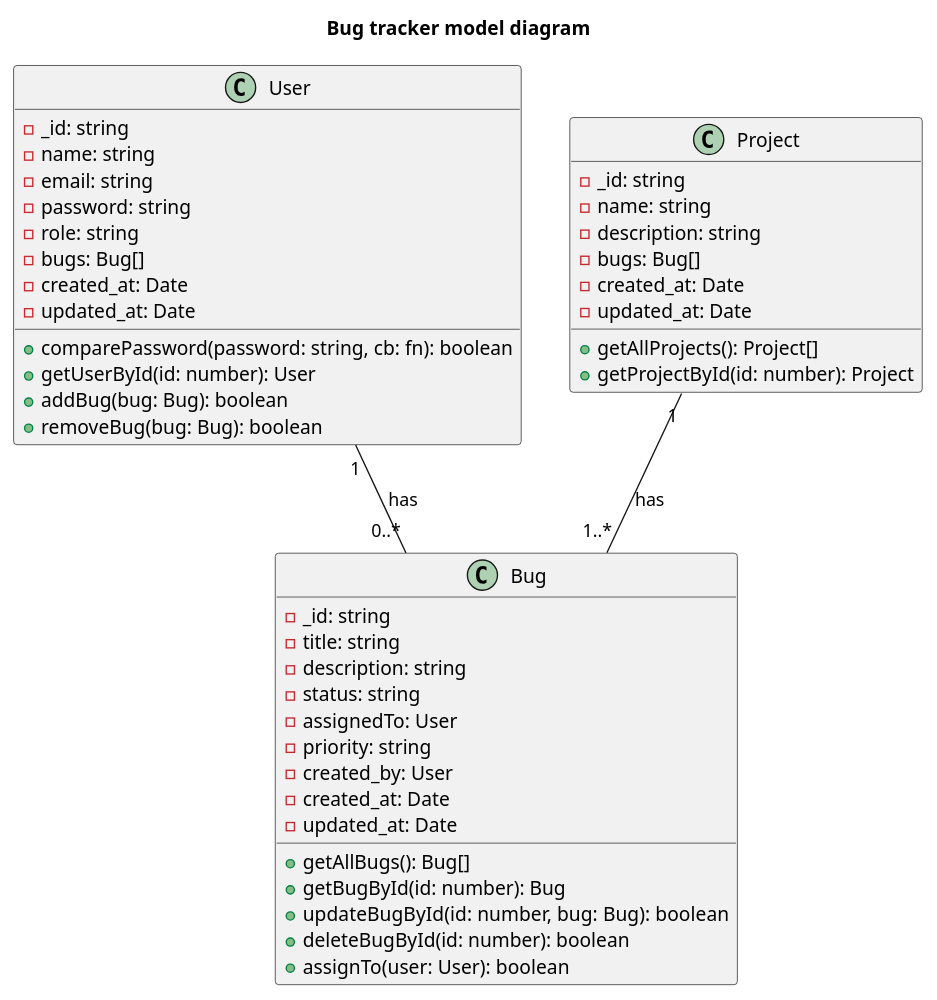
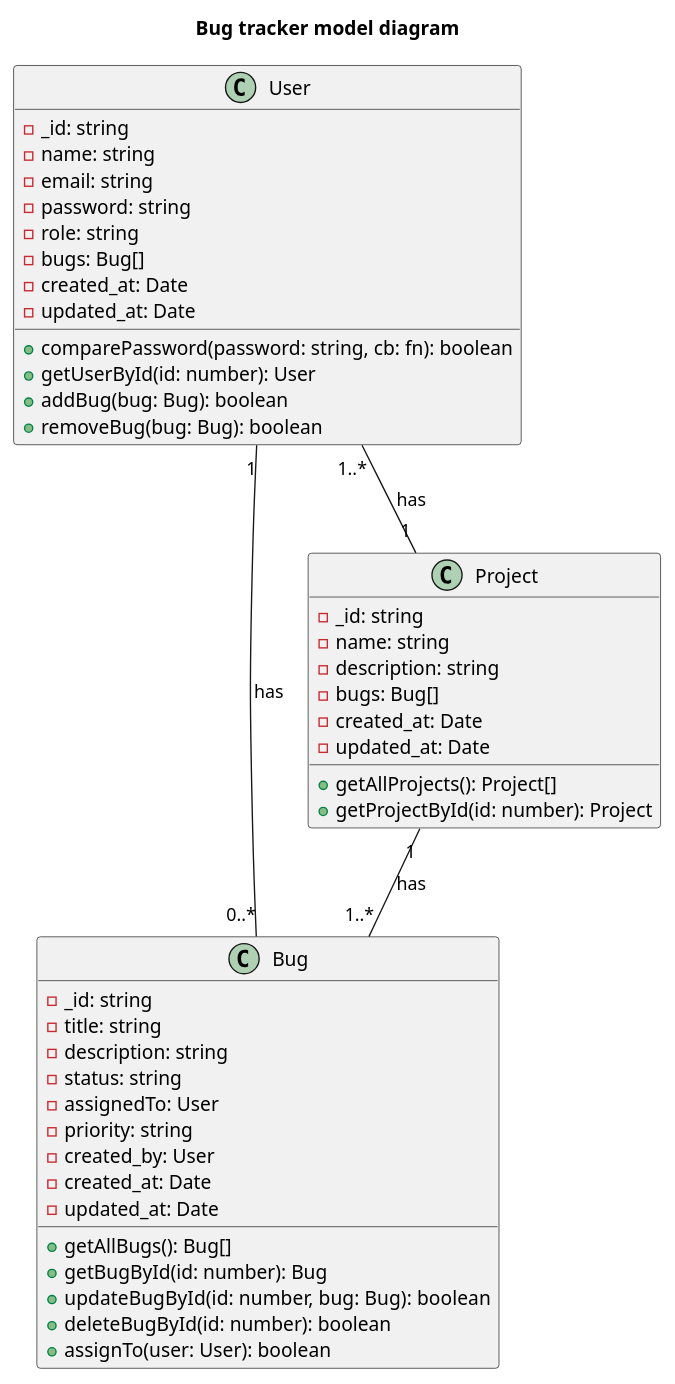
Before and after one commit to devulogi/bug-tracker: the diagram in docs/BugTracking.puml, drawn with PlantUML.

```diff
--- a/docs/BugTracking.puml
+++ b/docs/BugTracking.puml
@@ -1,53 +1,55 @@
 @startuml
 
 title Bug tracker model diagram
 
 class User {
     - _id: string
     - name: string
     - email: string
     - password: string
     - role: string
     - bugs: Bug[]
     - created_at: Date
     - updated_at: Date
     + comparePassword(password: string, cb: fn): boolean
     + getUserById(id: number): User
     + addBug(bug: Bug): boolean
     + removeBug(bug: Bug): boolean
 }
 
 class Bug {
     - _id: string
     - title: string
     - description: string
     - status: string
     - assignedTo: User
     - priority: string
     - created_by: User
     - created_at: Date
     - updated_at: Date
     + getAllBugs(): Bug[]
     + getBugById(id: number): Bug
     + updateBugById(id: number, bug: Bug): boolean
     + deleteBugById(id: number): boolean
     + assignTo(user: User): boolean
 }
 
 class Project {
     - _id: string
     - name: string
     - description: string
     - bugs: Bug[]
     - created_at: Date
     - updated_at: Date
     + getAllProjects(): Project[]
     + getProjectById(id: number): Project
 }
 
 User "1" -- "0..*" Bug : has
 
 Project "1" -- "1..*" Bug : has
 
+User "1..*" -- "1" Project : has
+
 
 @enduml
```
